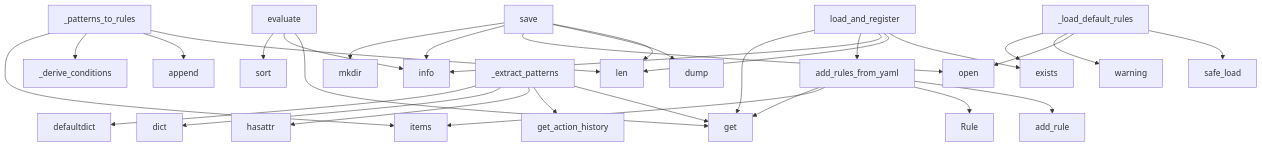
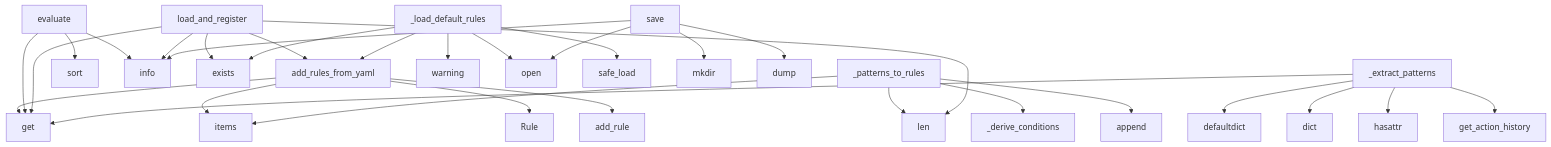
Before and after one commit to wronai/redsl: the diagram in redsl/dsl/project/context.md, drawn with Mermaid. The commit also changed other lines of this file and 15 other files, not shown here.

````diff
--- a/redsl/dsl/project/context.md
+++ b/redsl/dsl/project/context.md
@@ -255,33 +255,33 @@
 ```mermaid
 graph TD
     add_rules_from_yaml --> get
     add_rules_from_yaml --> items
     add_rules_from_yaml --> Rule
     add_rules_from_yaml --> add_rule
     _patterns_to_rules --> items
     _patterns_to_rules --> _derive_conditions
     _patterns_to_rules --> append
     _patterns_to_rules --> len
     evaluate --> sort
     evaluate --> info
     evaluate --> get
     load_and_register --> get
     load_and_register --> add_rules_from_yaml
     load_and_register --> info
     load_and_register --> len
     load_and_register --> exists
     _extract_patterns --> defaultdict
     _extract_patterns --> dict
     _extract_patterns --> hasattr
     _extract_patterns --> get_action_history
     _extract_patterns --> get
+    _load_default_rules --> exists
+    _load_default_rules --> warning
+    _load_default_rules --> open
+    _load_default_rules --> safe_load
+    _load_default_rules --> add_rules_from_yaml
     save --> mkdir
     save --> info
     save --> open
     save --> dump
-    save --> len
-    _load_default_rules --> exists
-    _load_default_rules --> warning
-    _load_default_rules --> open
-    _load_default_rules --> safe_load
 ```
````
